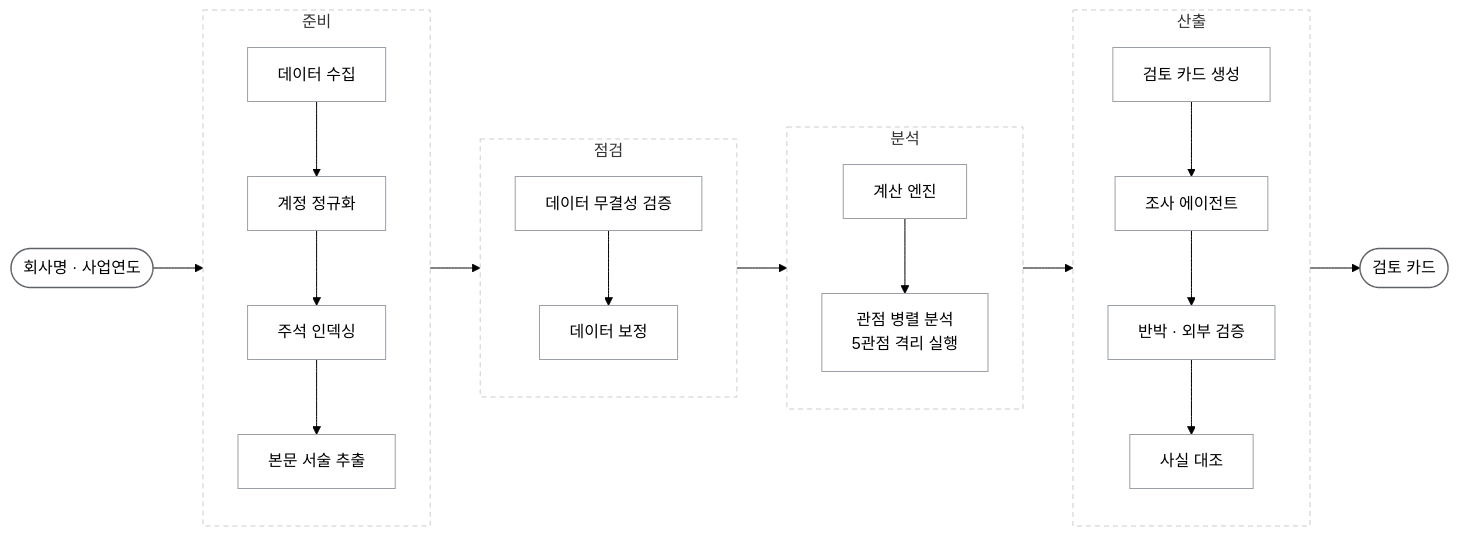
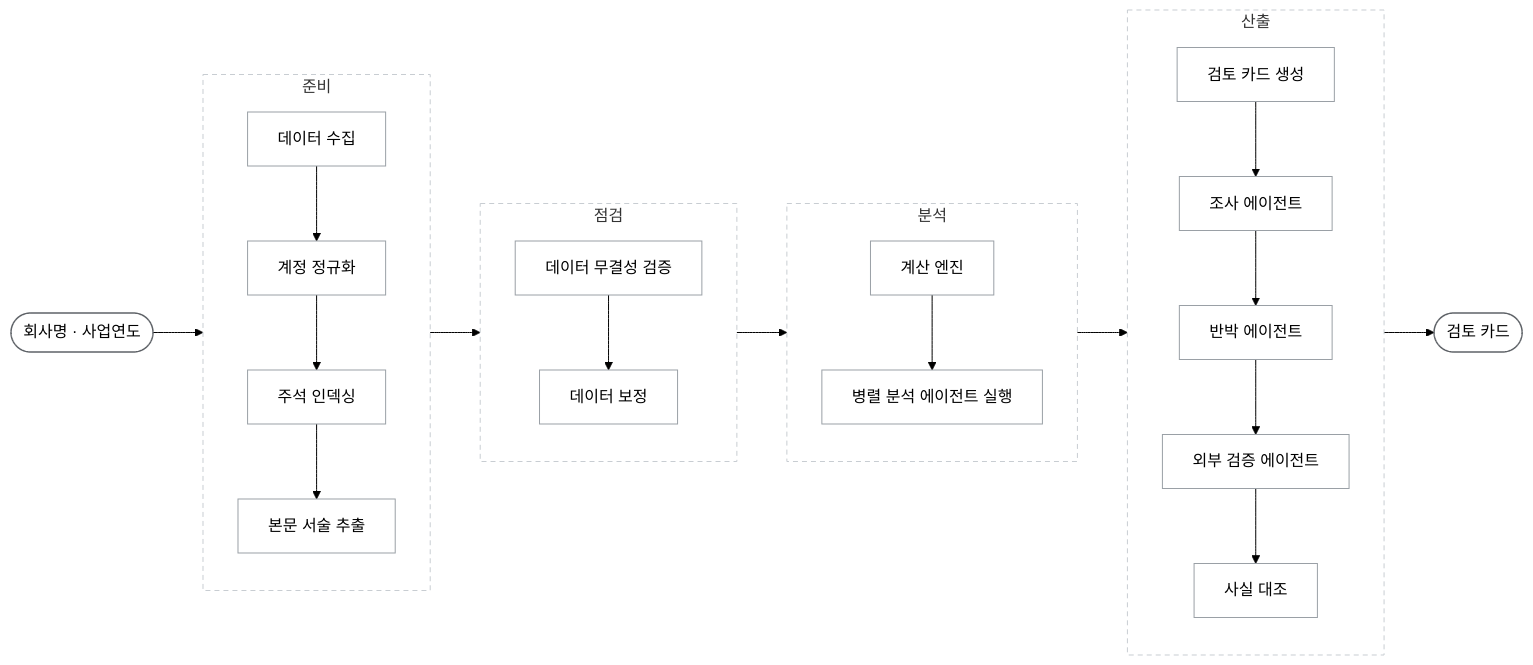
One commit to ghdtjrgns321-creator/fs-multi-analyzer changed the diagram in README.md. Above: the diagram before and after it, drawn with Mermaid (forest theme). The commit also changed other lines of this file, not shown here.

````diff
--- a/README.md
+++ b/README.md
@@ -106,38 +61,38 @@
 ```mermaid
 flowchart LR
     IN(["회사명 · 사업연도"]) --> A
 
     subgraph PREP["준비"]
         direction TB
         A["데이터 수집"] --> B["계정 정규화"] --> C["주석 인덱싱"] --> D["본문 서술 추출"]
     end
 
     subgraph GATE["점검"]
         direction TB
         E["데이터 무결성 검증"] --> F["데이터 보정"]
     end
 
     subgraph ANALYSIS["분석"]
         direction TB
-        G["계산 엔진"] --> H["관점 병렬 분석<br/>5관점 격리 실행"]
+        G["계산 엔진"] --> H["병렬 분석 에이전트 실행"]
     end
 
     subgraph OUTPUT["산출"]
         direction TB
-        I["검토 카드 생성"] --> K["조사 에이전트"] --> L["반박 · 외부 검증"] --> J["사실 대조"]
+        I["검토 카드 생성"] --> K["조사 에이전트"] --> L["반박 에이전트"] --> M["외부 검증 에이전트"] --> J["사실 대조"]
     end
 
     D --> E
     F --> G
     H --> I
     J --> CARD(["검토 카드"])
 
     classDef step fill:none,stroke:#9aa0a6,stroke-width:1px
     classDef port fill:none,stroke:#5f6368,stroke-width:1.5px
-    class A,B,C,D,E,F,G,H,I,J,K,L step
+    class A,B,C,D,E,F,G,H,I,J,K,L,M step
     class IN,CARD port
     style PREP fill:none,stroke:#c8cdd2,stroke-dasharray:5 4
     style GATE fill:none,stroke:#c8cdd2,stroke-dasharray:5 4
     style ANALYSIS fill:none,stroke:#c8cdd2,stroke-dasharray:5 4
     style OUTPUT fill:none,stroke:#c8cdd2,stroke-dasharray:5 4
 ```
````
